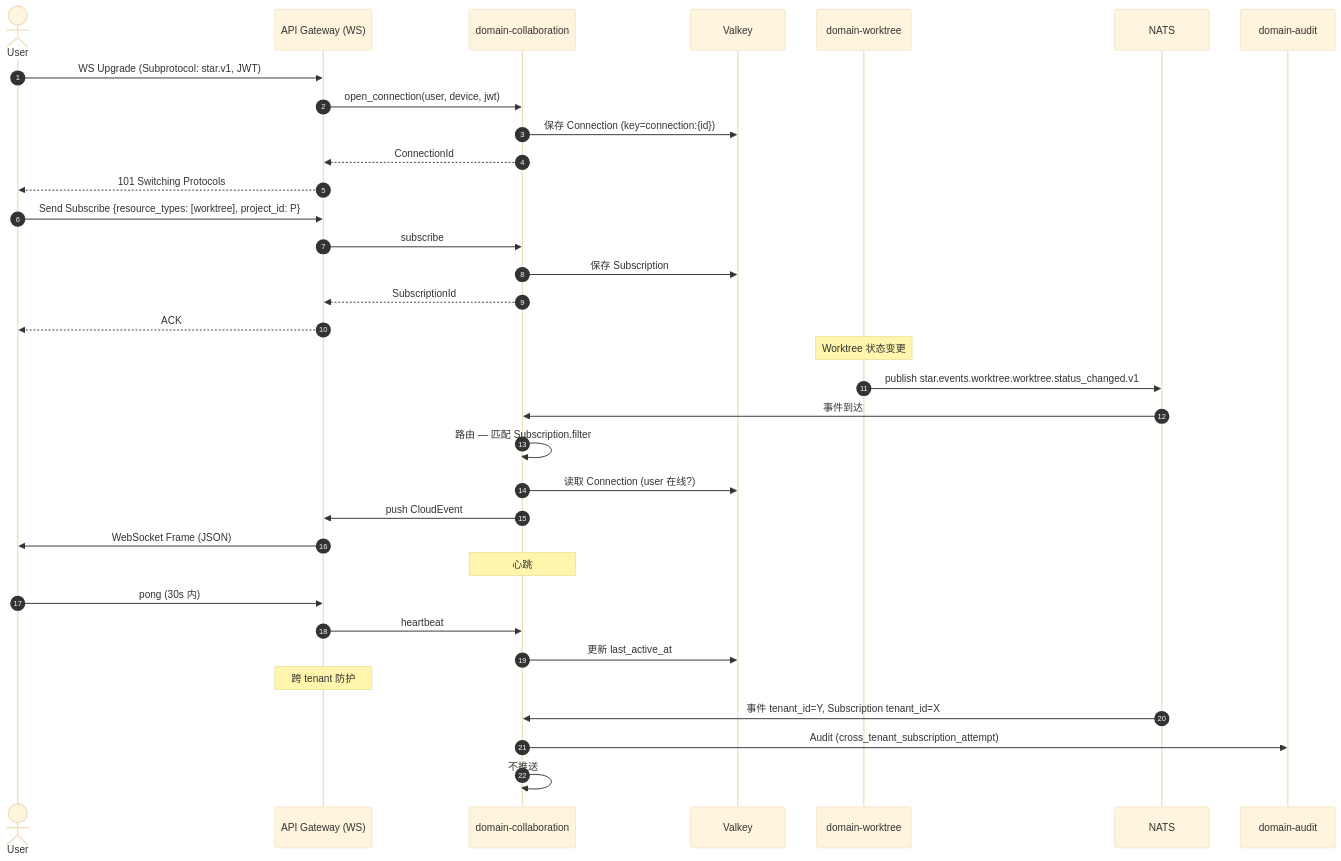
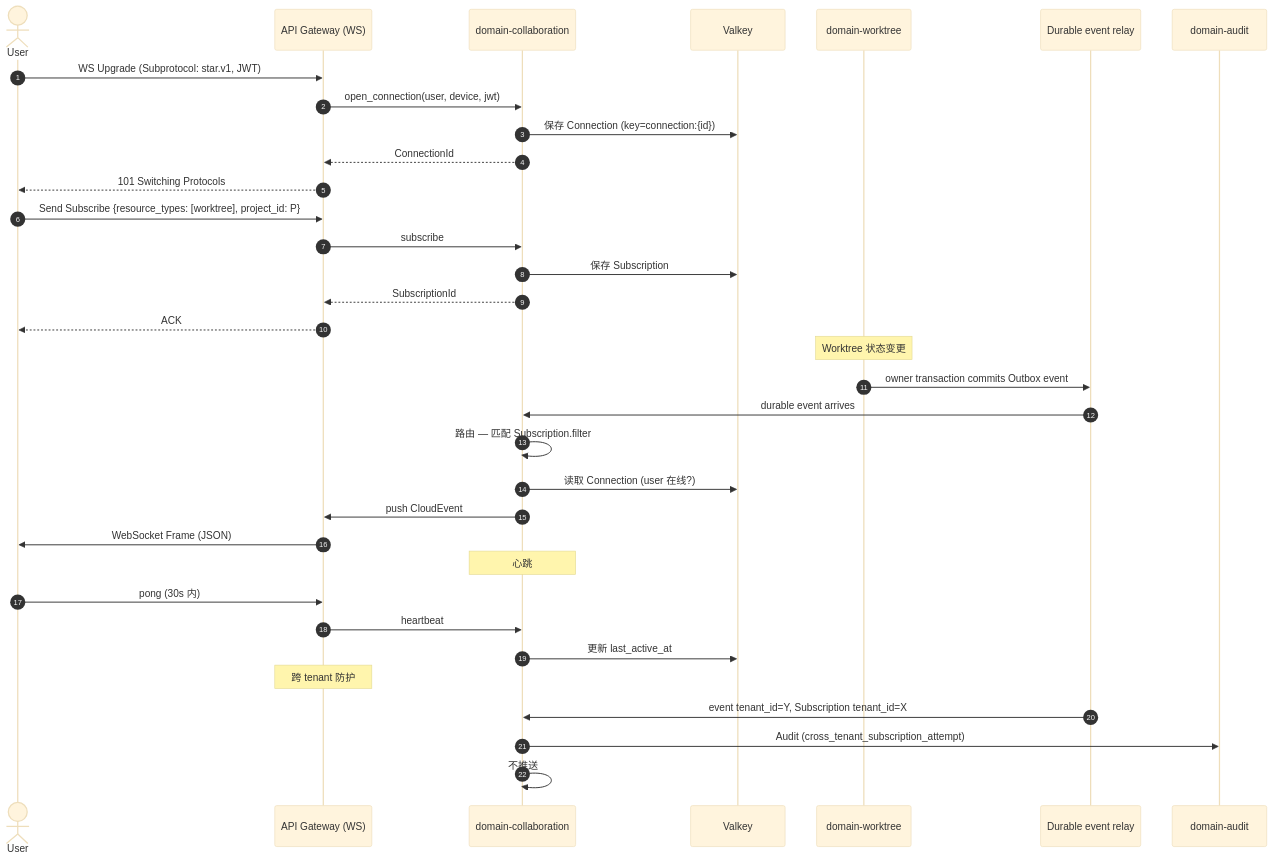
One commit to UlyssesLeoLee/Star changed the diagram in docs/specs/domain-collaboration-spec.md. Above: the diagram before and after it, drawn with Mermaid (base theme). The commit also changed other lines of this file and 5 other files, not shown here.

````diff
--- a/docs/specs/domain-collaboration-spec.md
+++ b/docs/specs/domain-collaboration-spec.md
@@ -236,42 +241,42 @@
 ```mermaid
 sequenceDiagram
     autonumber
     actor U as User
     participant GW as API Gateway (WS)
     participant CB as domain-collaboration
     participant VL as Valkey
     participant WT as domain-worktree
-    participant NATS as NATS
+    participant RELAY as Durable event relay
     participant AUD as domain-audit
 
     U->>GW: WS Upgrade (Subprotocol: star.v1, JWT)
     GW->>CB: open_connection(user, device, jwt)
     CB->>VL: 保存 Connection (key=connection:{id})
     CB-->>GW: ConnectionId
     GW-->>U: 101 Switching Protocols
 
     U->>GW: Send Subscribe {resource_types: [worktree], project_id: P}
     GW->>CB: subscribe
     CB->>VL: 保存 Subscription
     CB-->>GW: SubscriptionId
     GW-->>U: ACK
 
     Note over WT: Worktree 状态变更
-    WT->>NATS: publish star.events.worktree.worktree.status_changed.v1
+    WT->>RELAY: owner transaction commits Outbox event
 
-    NATS->>CB: 事件到达
+    RELAY->>CB: durable event arrives
     CB->>CB: 路由 — 匹配 Subscription.filter
     CB->>VL: 读取 Connection (user 在线?)
     CB->>GW: push CloudEvent
     GW->>U: WebSocket Frame (JSON)
 
     Note over CB: 心跳
     U->>GW: pong (30s 内)
     GW->>CB: heartbeat
     CB->>VL: 更新 last_active_at
 
     Note over GW: 跨 tenant 防护
-    NATS->>CB: 事件 tenant_id=Y, Subscription tenant_id=X
+    RELAY->>CB: event tenant_id=Y, Subscription tenant_id=X
     CB->>AUD: Audit (cross_tenant_subscription_attempt)
     CB->>CB: 不推送
 ```
````
